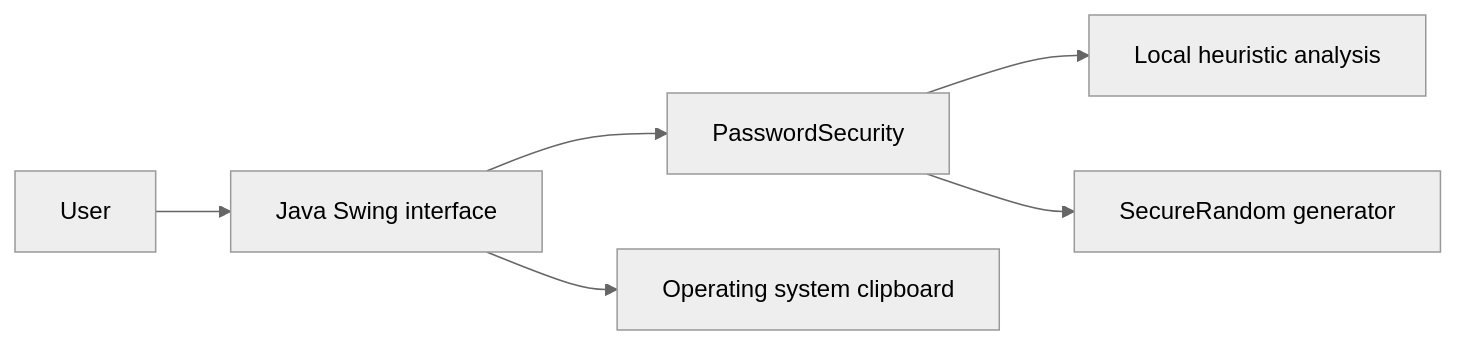
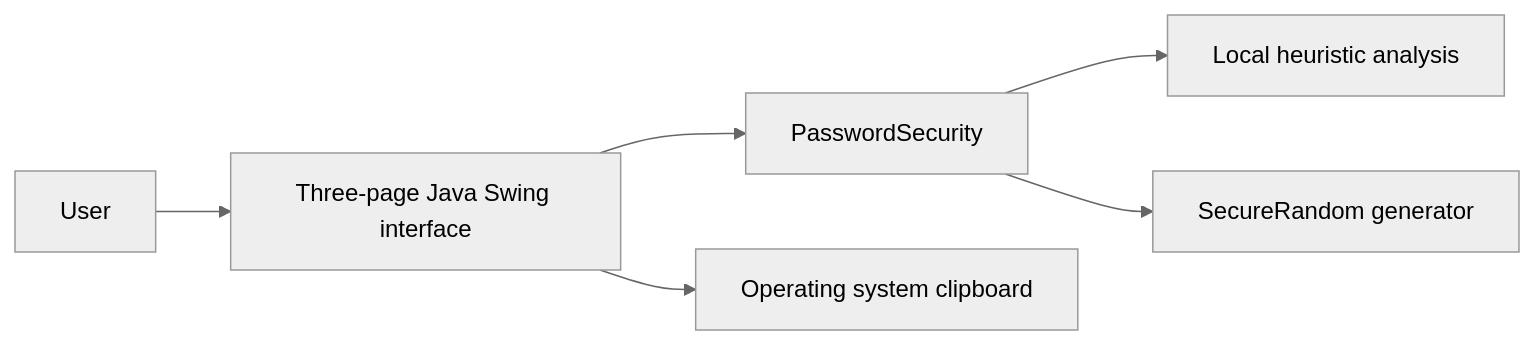
One commit to pranav2996/PassGuard-Password-Strength-Analyzer changed the diagram in README.md. Above: the diagram before and after it, drawn with Mermaid (neutral theme). The commit also changed other lines of this file and 9 other files, not shown here.

````diff
--- a/README.md
+++ b/README.md
@@ -35,8 +39,8 @@
 ```mermaid
 flowchart LR
-    User[User] --> UI[Java Swing interface]
+    User[User] --> UI[Three-page Java Swing interface]
     UI --> Core[PasswordSecurity]
     Core --> Analyze[Local heuristic analysis]
     Core --> Generate[SecureRandom generator]
     UI --> Clipboard[Operating system clipboard]
 ```
````
